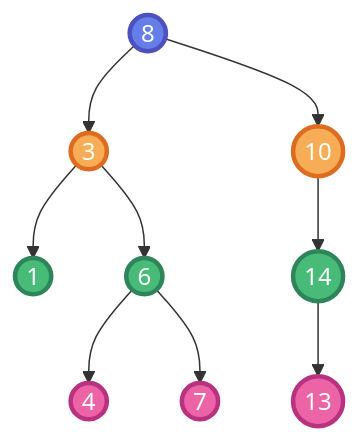
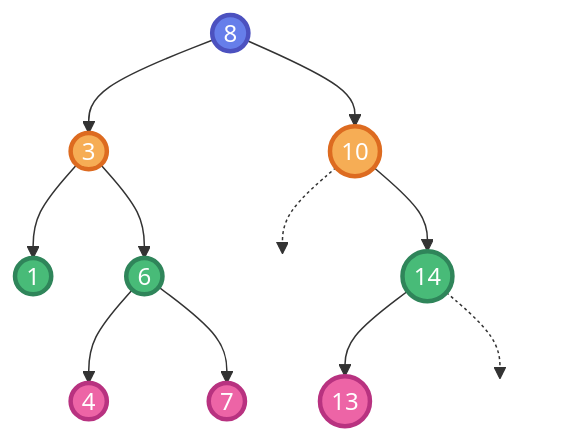
The second of 4 diagrams in docs/materias/algoritmos-y-estructuras-de-datos/unidad-05.md (ArenasAgustin/MindArchive), drawn with Mermaid before and after one commit. The commit also changed other lines of this file and 2 other files, not shown here.

````diff
--- a/docs/materias/algoritmos-y-estructuras-de-datos/unidad-05.md
+++ b/docs/materias/algoritmos-y-estructuras-de-datos/unidad-05.md
@@ -357,26 +402,31 @@
 ```mermaid
 graph TD
     N8((8)):::blue
     N3((3)):::yellow
     N10((10)):::yellow
     N1((1)):::green
     N6((6)):::green
-    N14((14)):::green
     N4((4)):::pink
     N7((7)):::pink
+    INVISIBLE1[ ]:::invisible
+    N14((14)):::green
     N13((13)):::pink
+    INVISIBLE2[ ]:::invisible
     
     N8 --> N3
     N8 --> N10
     N3 --> N1
     N3 --> N6
     N6 --> N4
     N6 --> N7
+    N10 -.-> INVISIBLE1
     N10 --> N14
     N14 --> N13
+    N14 -.-> INVISIBLE2
     
     classDef blue fill:#667eea,stroke:#4c51bf,stroke-width:3px,color:#fff
     classDef yellow fill:#f6ad55,stroke:#dd6b20,stroke-width:3px,color:#fff
     classDef green fill:#48bb78,stroke:#2f855a,stroke-width:3px,color:#fff
     classDef pink fill:#ed64a6,stroke:#b83280,stroke-width:3px,color:#fff
+    classDef invisible fill:none,stroke:none,color:transparent
 ```
````
